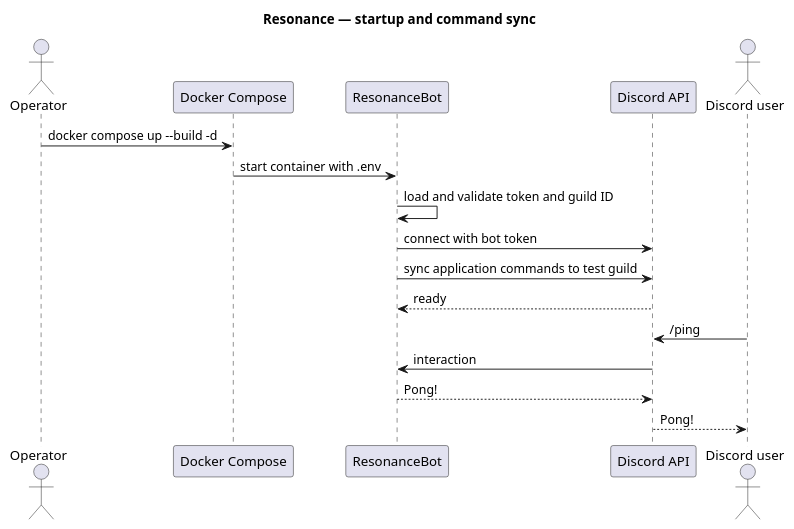
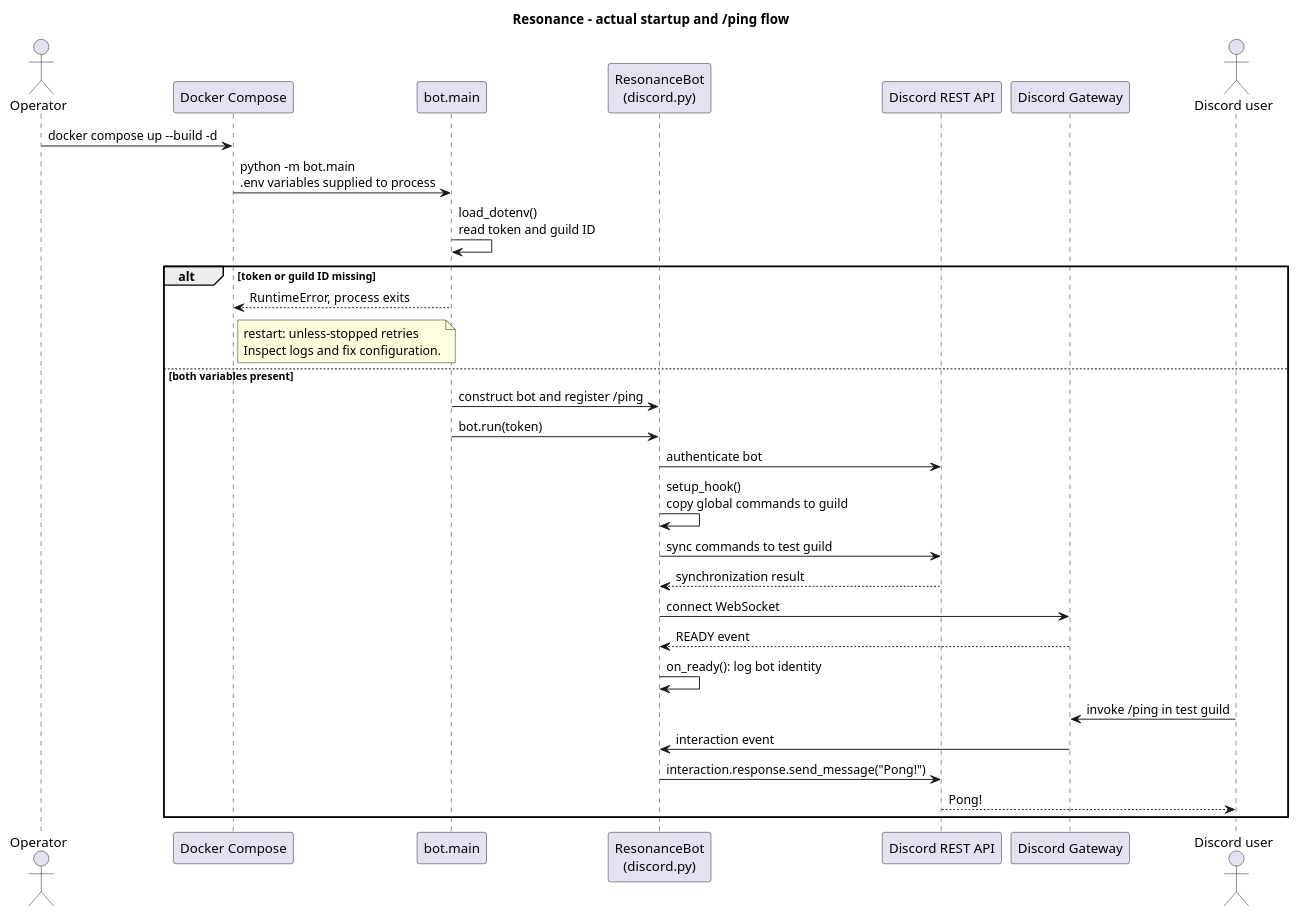
Before and after one commit to G10BAL/team-project: the diagram in docs/bot-startup-sequence.puml, drawn with PlantUML. The commit also changed 15 other files, not shown here.

Commit message:
feat: prepare local music Docker runtime and render UML diagrams

```diff
--- a/docs/bot-startup-sequence.puml
+++ b/docs/bot-startup-sequence.puml
@@ -1,21 +1,32 @@
-@startuml Resonance startup sequence
-title Resonance — startup and command sync
-
+@startuml
+title Resonance - actual startup and /ping flow
+skinparam shadowing false
 actor Operator
 participant "Docker Compose" as Compose
-participant "ResonanceBot" as Bot
-participant "Discord API" as Discord
+participant "bot.main" as Main
+participant "ResonanceBot\n(discord.py)" as Bot
+participant "Discord REST API" as REST
+participant "Discord Gateway" as Gateway
 actor "Discord user" as User
-
 Operator -> Compose : docker compose up --build -d
-Compose -> Bot : start container with .env
-Bot -> Bot : load and validate token and guild ID
-Bot -> Discord : connect with bot token
-Bot -> Discord : sync application commands to test guild
-Discord --> Bot : ready
-User -> Discord : /ping
-Discord -> Bot : interaction
-Bot --> Discord : Pong!
-Discord --> User : Pong!
-
+Compose -> Main : python -m bot.main\n.env variables supplied to process
+Main -> Main : load_dotenv()\nread token and guild ID
+alt token or guild ID missing
+  Main --> Compose : RuntimeError, process exits
+  note right of Compose : restart: unless-stopped retries\nInspect logs and fix configuration.
+else both variables present
+  Main -> Bot : construct bot and register /ping
+  Main -> Bot : bot.run(token)
+  Bot -> REST : authenticate bot
+  Bot -> Bot : setup_hook()\ncopy global commands to guild
+  Bot -> REST : sync commands to test guild
+  REST --> Bot : synchronization result
+  Bot -> Gateway : connect WebSocket
+  Gateway --> Bot : READY event
+  Bot -> Bot : on_ready(): log bot identity
+  User -> Gateway : invoke /ping in test guild
+  Gateway -> Bot : interaction event
+  Bot -> REST : interaction.response.send_message("Pong!")
+  REST --> User : Pong!
+end
 @enduml
```
